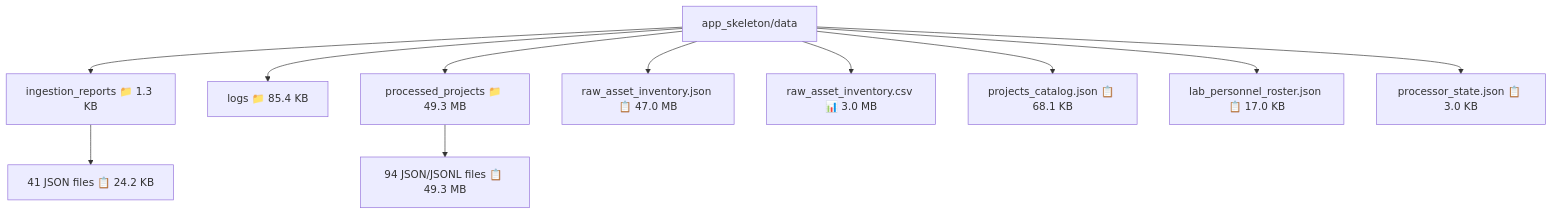
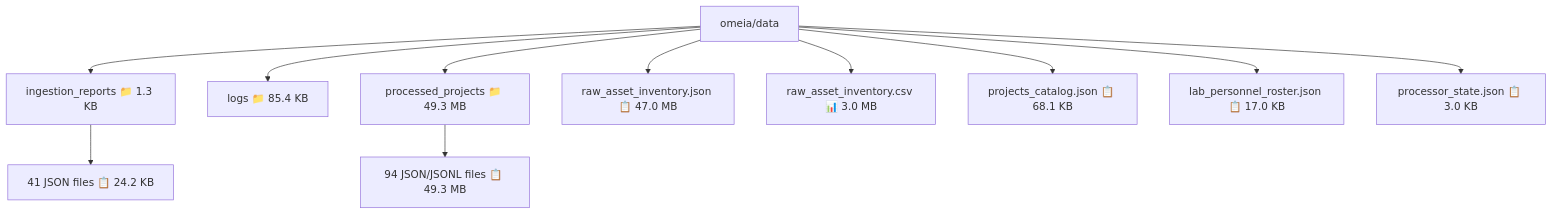
The first of 5 diagrams in docs/PROJECT_STRUCTURE_FINAL_ANALYSIS.md (Debashish-deb/digital-notepad), drawn with Mermaid before and after one commit. The commit also changed other lines of this file and 3947 other files, not shown here.

First line of the commit message:
Rename app_skeleton package to omeia.

````diff
--- a/docs/PROJECT_STRUCTURE_FINAL_ANALYSIS.md
+++ b/docs/PROJECT_STRUCTURE_FINAL_ANALYSIS.md
@@ -111,15 +111,15 @@
 ```mermaid
 graph TD
-    Data[app_skeleton/data]
+    Data[omeia/data]
     Data --> Ingestion[ingestion_reports 📁 1.3 KB]
     Data --> Logs[logs 📁 85.4 KB]
     Data --> Processed[processed_projects 📁 49.3 MB]
     Data --> RawInventory[raw_asset_inventory.json 📋 47.0 MB]
     Data --> RawCSV[raw_asset_inventory.csv 📊 3.0 MB]
     Data --> Catalog[projects_catalog.json 📋 68.1 KB]
     Data --> Roster[lab_personnel_roster.json 📋 17.0 KB]
     Data --> State[processor_state.json 📋 3.0 KB]
     
     Ingestion --> IngestionFiles[41 JSON files 📋 24.2 KB]
     Processed --> ProcessedFiles[94 JSON/JSONL files 📋 49.3 MB]
 ```
````
